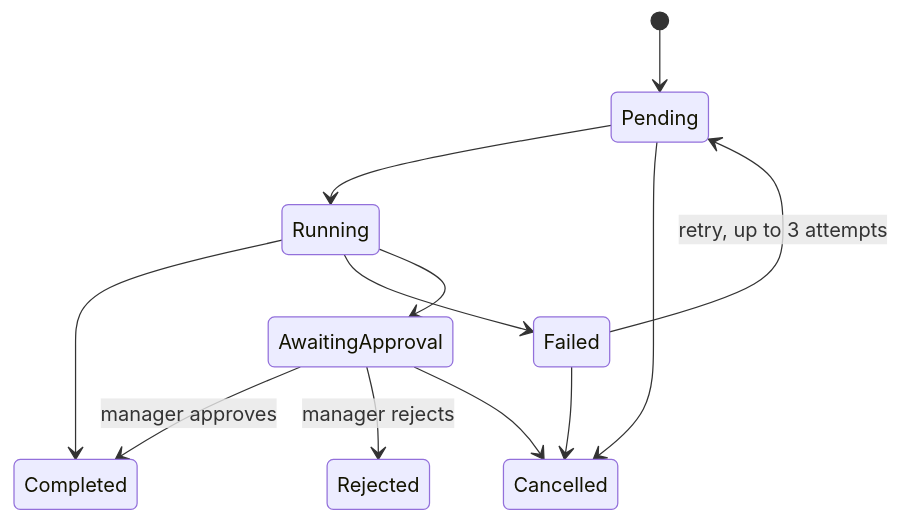
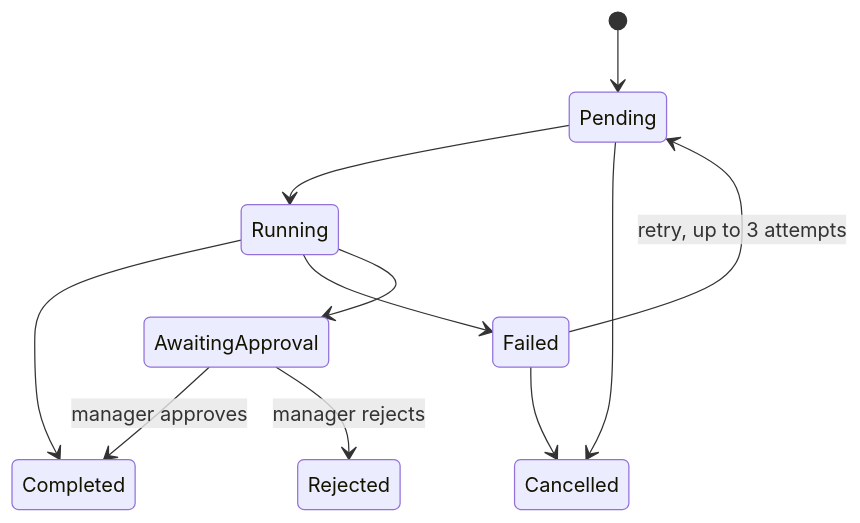
One commit to saifmodan2006/retailpilot-ai changed the diagram in docs/architecture.md. Above: the diagram before and after it, drawn with Mermaid. The commit also changed other lines of this file and 3 other files, not shown here.

````diff
--- a/docs/architecture.md
+++ b/docs/architecture.md
@@ -23,14 +23,13 @@
 ```mermaid
 stateDiagram-v2
     [*] --> Pending
     Pending --> Running
     Pending --> Cancelled
     Running --> Completed
     Running --> Failed
     Running --> AwaitingApproval
     Failed --> Pending: retry, up to 3 attempts
     Failed --> Cancelled
     AwaitingApproval --> Completed: manager approves
     AwaitingApproval --> Rejected: manager rejects
-    AwaitingApproval --> Cancelled
 ```
````
